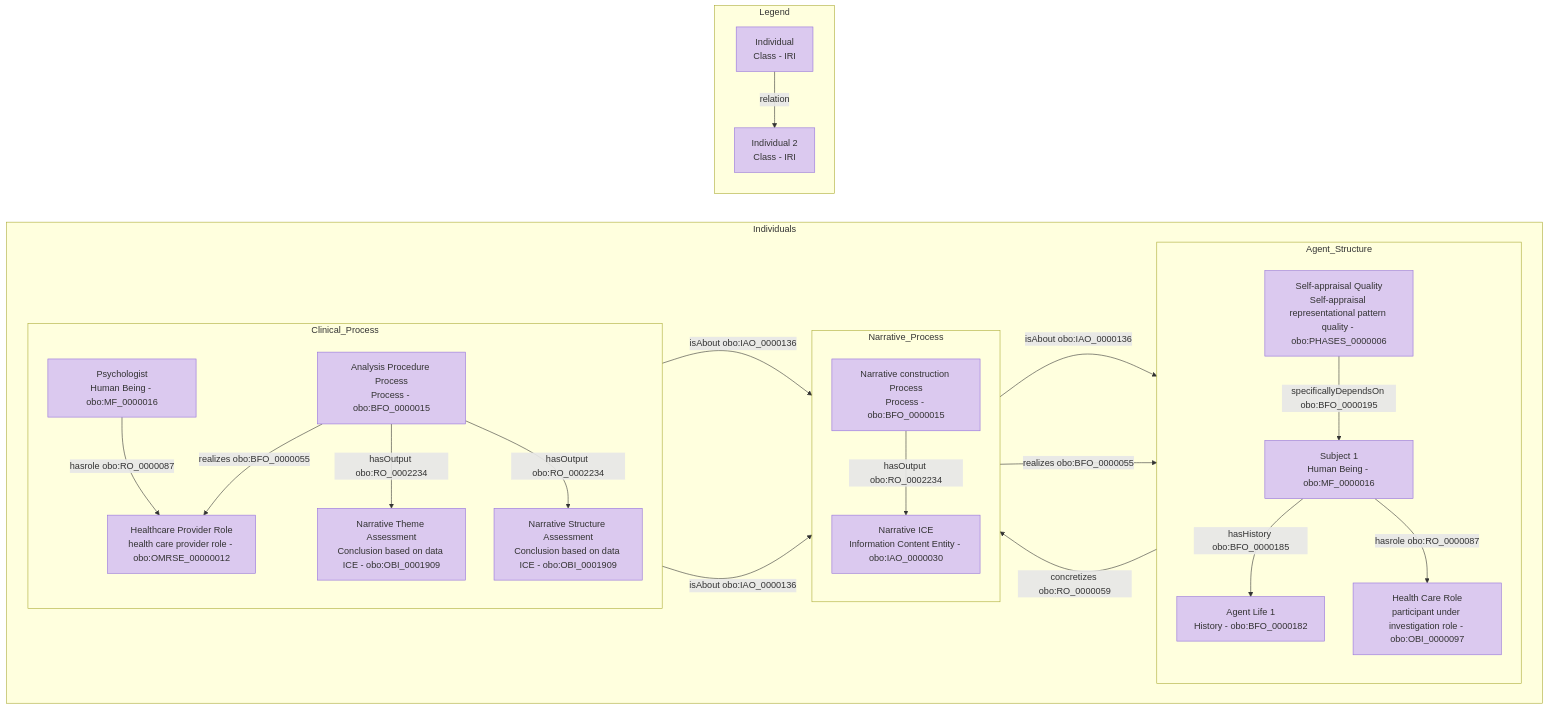
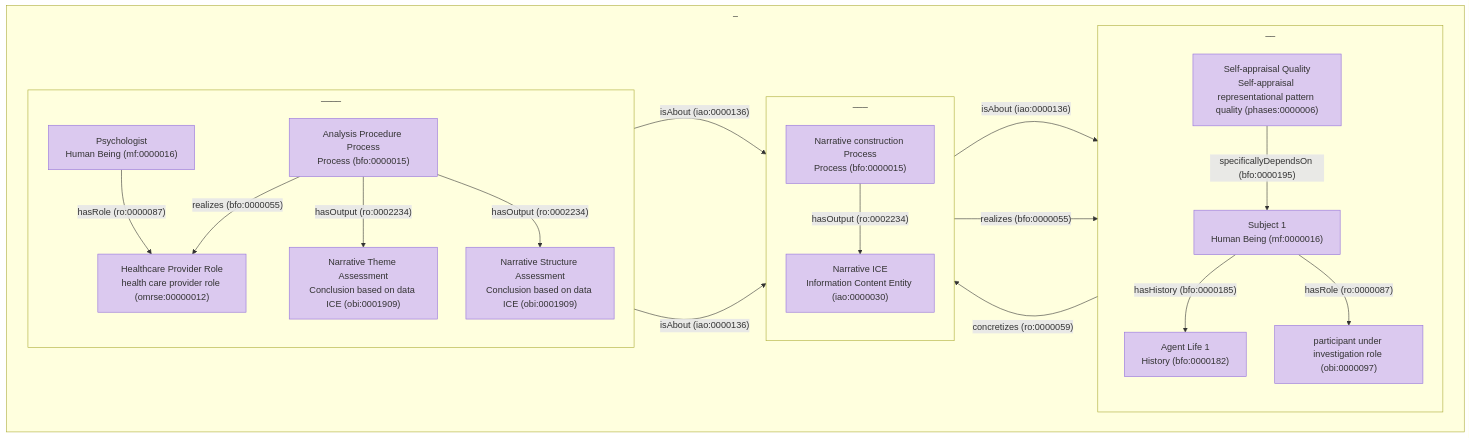
One commit to Buffalo-Ontology-Group/phases changed the diagram in documentation/design_patterns/narrative_assessment/narrative.md. Above: the diagram before and after it, drawn with Mermaid.

Commit message:
changing uris

````diff
--- a/documentation/design_patterns/narrative_assessment/narrative.md
+++ b/documentation/design_patterns/narrative_assessment/narrative.md
@@ -1,77 +1,71 @@
 ```mermaid
 flowchart LR
+
+%% =========================
+%% PREFIXES (CURIEs)
+%% =========================
+%% bfo: http://purl.obolibrary.org/obo/BFO_
+%% ro:  http://purl.obolibrary.org/obo/RO_
+%% iao: http://purl.obolibrary.org/obo/IAO_
+%% obi: http://purl.obolibrary.org/obo/OBI_
+%% omrse: http://purl.obolibrary.org/obo/OMRSE_
+%% mf: http://purl.obolibrary.org/obo/MF_
+%% phases: http://purl.obolibrary.org/obo/PHASES_
 
 %% =========================
 %% INDIVIDUALS (ABOX ONLY)
 %% =========================
 
-subgraph Individuals
+subgraph _
 direction LR
 
-subgraph Agent_Structure
+subgraph __
 direction TB
-Narrative_Agent_1[Subject 1\nHuman Being - obo:MF_0000016]
-Agent_Life_1[Agent Life 1\nHistory - obo:BFO_0000182]
-Self1[Self-appraisal Quality\nSelf-appraisal representational pattern quality - obo:PHASES_0000006]
-Role2[Health Care Role\nparticipant under investigation role - obo:OBI_0000097]
+Narrative_Agent_1["Subject 1\nHuman Being (mf:0000016)"]
+Agent_Life_1["Agent Life 1\nHistory (bfo:0000182)"]
+Self1["Self-appraisal Quality\nSelf-appraisal representational pattern quality (phases:0000006)"]
+Role2["participant under investigation role (obi:0000097)"]
 end
 
-subgraph Narrative_Process
+subgraph ___
 direction TB
-Narrative_Construction[Narrative construction Process\nProcess - obo:BFO_0000015]
-ICE_instance[Narrative ICE\nInformation Content Entity - obo:IAO_0000030]
+Narrative_Construction["Narrative construction Process\nProcess (bfo:0000015)"]
+ICE_instance["Narrative ICE\nInformation Content Entity (iao:0000030)"]
 end
 
-subgraph Clinical_Process
+subgraph ____
 direction TB
-Psychologist[Psychologist\nHuman Being - obo:MF_0000016]
-Analysis[Analysis Procedure Process\nProcess - obo:BFO_0000015]
-Narrative_Theme[Narrative Theme Assessment\nConclusion based on data ICE - obo:OBI_0001909]
-Narrative_Structure_Assessment[Narrative Structure Assessment\nConclusion based on data ICE - obo:OBI_0001909]
-Role1[Healthcare Provider Role\nhealth care provider role - obo:OMRSE_00000012]
+Psychologist["Psychologist\nHuman Being (mf:0000016)"]
+Analysis["Analysis Procedure Process\nProcess (bfo:0000015)"]
+Narrative_Theme["Narrative Theme Assessment\nConclusion based on data ICE (obi:0001909)"]
+Narrative_Structure_Assessment["Narrative Structure Assessment\nConclusion based on data ICE (obi:0001909)"]
+Role1["Healthcare Provider Role\nhealth care provider role (omrse:00000012)"]
 end
 
 end
 
-
 %% =========================
-%% RELATIONS
+%% RELATIONS (CURIEs)
 %% =========================
 
-Narrative_Agent_1 -->|hasHistory obo:BFO_0000185| Agent_Life_1
-Narrative_Agent_1 -->|hasrole obo:RO_0000087| Role2
+Narrative_Agent_1 -->|"hasHistory (bfo:0000185)"| Agent_Life_1
+Narrative_Agent_1 -->|"hasRole (ro:0000087)"| Role2
 
-Narrative_Construction -->|hasOutput obo:RO_0002234| ICE_instance
-ICE_instance -->|isAbout obo:IAO_0000136| Agent_Life_1
+Narrative_Construction -->|"hasOutput (ro:0002234)"| ICE_instance
+ICE_instance -->|"isAbout (iao:0000136)"| Agent_Life_1
 
-Narrative_Construction -->|realizes obo:BFO_0000055| Role2
-Analysis -->|realizes obo:BFO_0000055| Role1
-Psychologist -->|hasrole obo:RO_0000087| Role1
+Narrative_Construction -->|"realizes (bfo:0000055)"| Role2
+Analysis -->|"realizes (bfo:0000055)"| Role1
+Psychologist -->|"hasRole (ro:0000087)"| Role1
 
-Analysis -->|hasOutput obo:RO_0002234| Narrative_Theme
-Analysis -->|hasOutput obo:RO_0002234| Narrative_Structure_Assessment
+Analysis -->|"hasOutput (ro:0002234)"| Narrative_Theme
+Analysis -->|"hasOutput (ro:0002234)"| Narrative_Structure_Assessment
 
-Narrative_Theme -->|isAbout obo:IAO_0000136| ICE_instance
-Narrative_Structure_Assessment -->|isAbout obo:IAO_0000136| ICE_instance
+Narrative_Theme -->|"isAbout (iao:0000136)"| ICE_instance
+Narrative_Structure_Assessment -->|"isAbout (iao:0000136)"| ICE_instance
 
-Self1 -->|concretizes obo:RO_0000059| ICE_instance
-Self1 -->|specificallyDependsOn obo:BFO_0000195| Narrative_Agent_1
-
-
-%% =========================
-%% LEGEND
-%% =========================
-
-subgraph Legend
-direction TB
-
-L_ind[Individual\nClass - IRI]
-L_ind2[Individual 2\nClass - IRI]
-
-L_ind -->|relation| L_ind2
-
-end
-
+Self1 -->|"concretizes (ro:0000059)"| ICE_instance
+Self1 -->|"specificallyDependsOn (bfo:0000195)"| Narrative_Agent_1
 
 %% =========================
 %% STYLING
@@ -80,5 +74,4 @@
 classDef individual fill:#dbc9ef
 
 class Narrative_Agent_1,Agent_Life_1,Self1,Role2,Narrative_Construction,ICE_instance,Psychologist,Analysis,Narrative_Theme,Narrative_Structure_Assessment,Role1 individual
-class L_ind,L_ind2 individual
 ```
````
